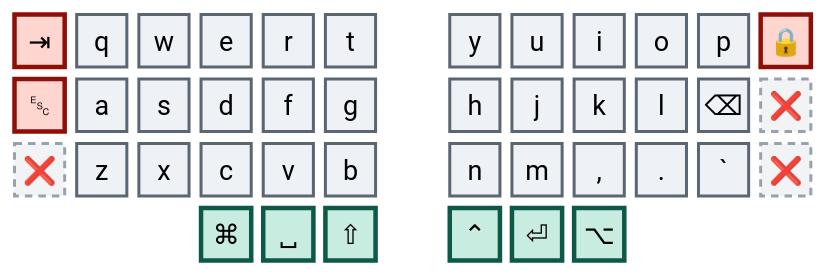
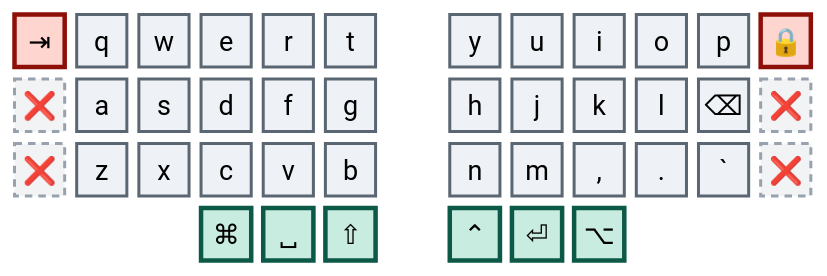
Before and after one commit to abloch/zmk-corne: the second of 5 diagrams in 32-keys.he.md, drawn with Mermaid. The commit also changed other lines of this file and 5 other files, not shown here.

````diff
--- a/32-keys.he.md
+++ b/32-keys.he.md
@@ -52,20 +52,20 @@
 ```mermaid
 %%{init: {'theme':'base','themeVariables':{'primaryColor':'#eef1f5','primaryTextColor':'#0b0f14','primaryBorderColor':'#5b6673','nodeTextColor':'#0b0f14','textColor':'#0b0f14','mainBkg':'#eef1f5','fontSize':'18px'}}}%%
 block
 columns 13
 
   tab["⇥"] q w e r t space y u i o p lock["🔒"]
-  esc["␛"] a s d f g space h j k l bspc["⌫"] xr1["❌"]
-  xl["❌"] z x c v b space n m cma[","] dot["."] grv[" `"] xr2["❌"]
+  xl1["❌"] a s d f g space h j k l bspc["⌫"] xr1["❌"]
+  xl2["❌"] z x c v b space n m cma[","] dot["."] grv[" `"] xr2["❌"]
   space:3 cmd["⌘"] spc["␣"] sft["⇧"] space ctl["⌃"] ent["⏎"] alt["⌥"] space:3
 
   classDef doomed fill:#ffd5d0,stroke:#8c1008,stroke-width:3px,color:#3d0603
   classDef dead fill:#f2f3f5,stroke:#98a2ae,stroke-width:2px,stroke-dasharray:5 4,color:#5b6673
   classDef core fill:#eef1f5,stroke:#5b6673,stroke-width:2px,color:#0b0f14
   classDef thumb fill:#c8ece0,stroke:#0b5946,stroke-width:3px,color:#06241c
 
-  class tab,esc,lock doomed
-  class xl,xr1,xr2 dead
+  class tab,lock doomed
+  class xl1,xl2,xr1,xr2 dead
   class q,w,e,r,t,a,s,d,f,g,z,x,c,v,b,y,u,i,o,p,h,j,k,l,bspc,n,m,cma,dot,grv core
   class cmd,spc,sft,ctl,ent,alt thumb
 ```
````
